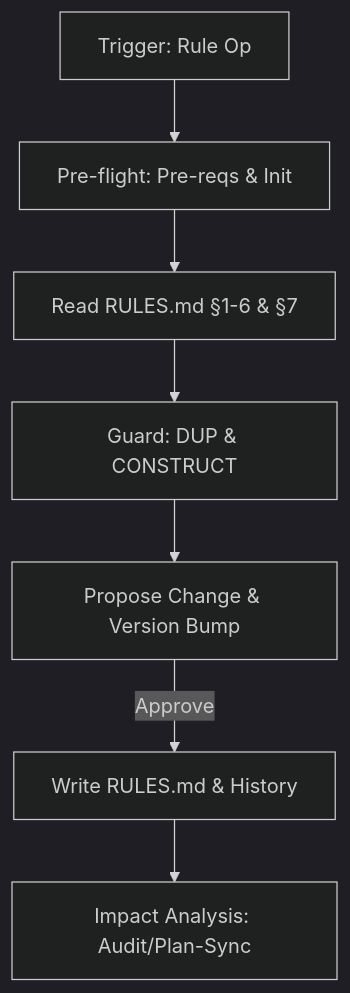
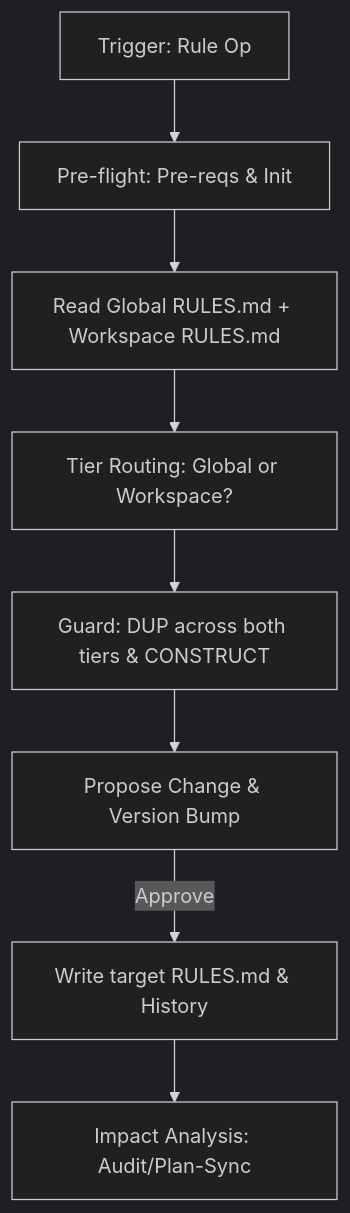
The diagram in .magic/rule.md (teratron/magic-spec), drawn with Mermaid (dark theme) before and after one commit. The commit also changed other lines of this file and 6 other files, not shown here.

Commit message:
feat: Establish initial specification system with global index, project rules, and magic engine files.

````diff
--- a/.magic/rule.md
+++ b/.magic/rule.md
@@ -17,9 +28,10 @@
 ```mermaid
 graph TD
     A[Trigger: Rule Op] --> B[Pre-flight: Pre-reqs & Init]
-    B --> C[Read RULES.md §1-6 & §7]
-    C --> D[Guard: DUP & CONSTRUCT]
-    D --> E[Propose Change & Version Bump]
-    E -->|Approve| F[Write RULES.md & History]
-    F --> G[Impact Analysis: Audit/Plan-Sync]
+    B --> C[Read Global RULES.md + Workspace RULES.md]
+    C --> D[Tier Routing: Global or Workspace?]
+    D --> E[Guard: DUP across both tiers & CONSTRUCT]
+    E --> F[Propose Change & Version Bump]
+    F -->|Approve| G[Write target RULES.md & History]
+    G --> H[Impact Analysis: Audit/Plan-Sync]
 ```
````
